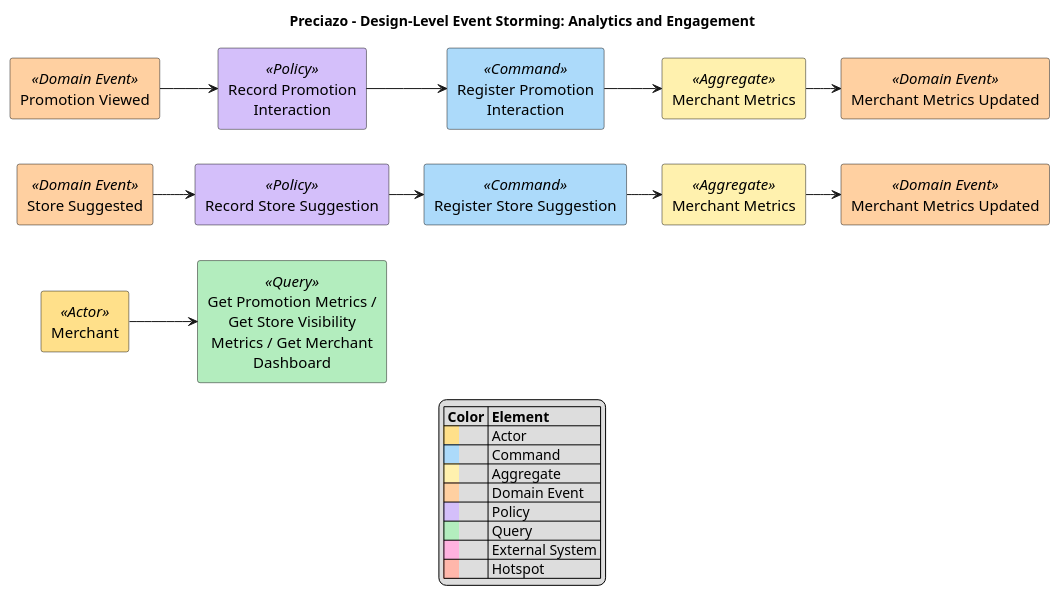
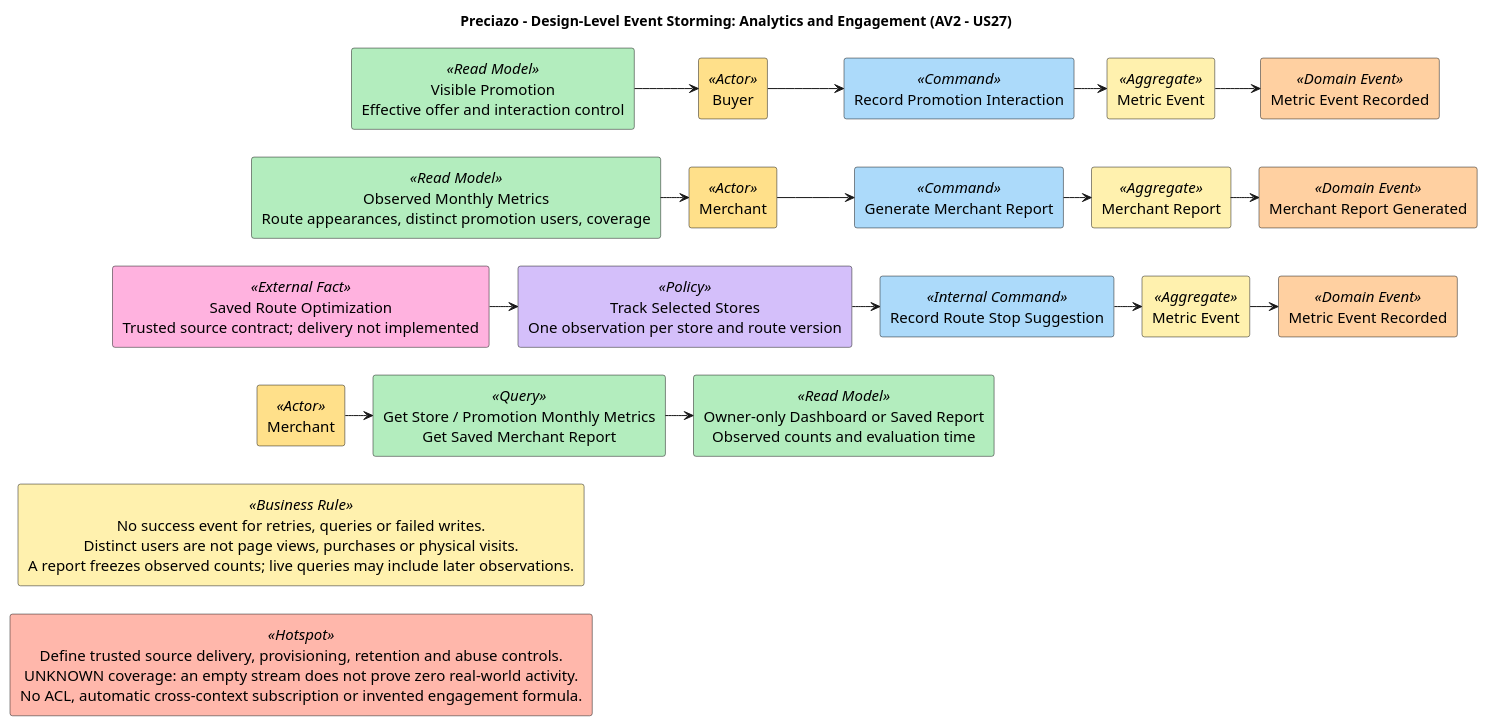
One commit to Open-Source-1ASI0729-2620-7750/preciazo-report changed the diagram in docs/architecture/event-storming/analytics-engagement.puml. Above: the diagram before and after it, drawn with PlantUML. The commit also changed 11 other files, not shown here.

Commit message:
docs(analytics): align US27 metrics and backend contracts

```diff
--- a/docs/architecture/event-storming/analytics-engagement.puml
+++ b/docs/architecture/event-storming/analytics-engagement.puml
@@ -1,49 +1,57 @@
 @startuml Preciazo_Event_Storming_analytics_engagement
-left to right direction
-title Preciazo - Design-Level Event Storming: Analytics and Engagement
+top to bottom direction
+title Preciazo - Design-Level Event Storming: Analytics and Engagement (AV2 - US27)
 skinparam shadowing false
 skinparam defaultFontSize 15
 skinparam defaultTextAlignment center
-skinparam nodesep 35
-skinparam ranksep 35
+skinparam nodesep 28
+skinparam ranksep 28
 skinparam rectanglePadding 12
-
-rectangle "Promotion Viewed" as n0_0 <<Domain Event>> #FFD0A1
-rectangle "Record Promotion\nInteraction" as n0_1 <<Policy>> #D4BFFA
-rectangle "Register Promotion\nInteraction" as n0_2 <<Command>> #ACDAFA
-rectangle "Merchant Metrics" as n0_3 <<Aggregate>> #FFF1AE
-rectangle "Merchant Metrics Updated" as n0_4 <<Domain Event>> #FFD0A1
-n0_0 --> n0_1
-n0_1 --> n0_2
-n0_2 --> n0_3
-n0_3 --> n0_4
-
-rectangle "Store Suggested" as n1_0 <<Domain Event>> #FFD0A1
-rectangle "Record Store Suggestion" as n1_1 <<Policy>> #D4BFFA
-rectangle "Register Store Suggestion" as n1_2 <<Command>> #ACDAFA
-rectangle "Merchant Metrics" as n1_3 <<Aggregate>> #FFF1AE
-rectangle "Merchant Metrics Updated" as n1_4 <<Domain Event>> #FFD0A1
-n1_0 --> n1_1
-n1_1 --> n1_2
-n1_2 --> n1_3
-n1_3 --> n1_4
-
-rectangle "Merchant" as n2_0 <<Actor>> #FFE08A
-rectangle "Get Promotion Metrics /\nGet Store Visibility\nMetrics / Get Merchant\nDashboard" as n2_1 <<Query>> #B3EDBE
-n2_0 --> n2_1
-
-n0_0 -[hidden,norank]down-> n1_0
-n1_0 -[hidden,norank]down-> n2_0
-
-legend bottom
-|= Color |= Element |
-|<back:#FFE08A>    </back>| Actor |
-|<back:#ACDAFA>    </back>| Command |
-|<back:#FFF1AE>    </back>| Aggregate |
-|<back:#FFD0A1>    </back>| Domain Event |
-|<back:#D4BFFA>    </back>| Policy |
-|<back:#B3EDBE>    </back>| Query |
-|<back:#FFB2DF>    </back>| External System |
-|<back:#FFB7AB>    </back>| Hotspot |
-endlegend
+rectangle "Visible Promotion\nEffective offer and interaction control" as read0 <<Read Model>> #B3EDBE
+rectangle "Buyer" as buyer <<Actor>> #FFE08A
+rectangle "Record Promotion Interaction" as cmd0 <<Command>> #ACDAFA
+rectangle "Metric Event" as agg0 <<Aggregate>> #FFF1AE
+rectangle "Metric Event Recorded" as evt0 <<Domain Event>> #FFD0A1
+read0 -right-> buyer
+buyer -right-> cmd0
+cmd0 -right-> agg0
+agg0 -right-> evt0
+rectangle "Observed Monthly Metrics\nRoute appearances, distinct promotion users, coverage" as read1 <<Read Model>> #B3EDBE
+rectangle "Merchant" as merchant <<Actor>> #FFE08A
+rectangle "Generate Merchant Report" as cmd1 <<Command>> #ACDAFA
+rectangle "Merchant Report" as agg1 <<Aggregate>> #FFF1AE
+rectangle "Merchant Report Generated" as evt1 <<Domain Event>> #FFD0A1
+read1 -right-> merchant
+merchant -right-> cmd1
+cmd1 -right-> agg1
+agg1 -right-> evt1
+read0 -[hidden]down-> read1
+buyer -[hidden]down-> merchant
+cmd0 -[hidden]down-> cmd1
+agg0 -[hidden]down-> agg1
+evt0 -[hidden]down-> evt1
+rectangle "Saved Route Optimization\nTrusted source contract; delivery not implemented" as fact <<External Fact>> #FFB2DF
+rectangle "Track Selected Stores\nOne observation per store and route version" as policy <<Policy>> #D4BFFA
+rectangle "Record Route Stop Suggestion" as cmd2 <<Internal Command>> #ACDAFA
+rectangle "Metric Event" as agg2 <<Aggregate>> #FFF1AE
+rectangle "Metric Event Recorded" as evt2 <<Domain Event>> #FFD0A1
+fact -right-> policy
+policy -right-> cmd2
+cmd2 -right-> agg2
+agg2 -right-> evt2
+read1 -[hidden]down-> fact
+merchant -[hidden]down-> policy
+cmd1 -[hidden]down-> cmd2
+agg1 -[hidden]down-> agg2
+evt1 -[hidden]down-> evt2
+rectangle "Merchant" as reader <<Actor>> #FFE08A
+rectangle "Get Store / Promotion Monthly Metrics\nGet Saved Merchant Report" as query <<Query>> #B3EDBE
+rectangle "Owner-only Dashboard or Saved Report\nObserved counts and evaluation time" as view <<Read Model>> #B3EDBE
+reader -right-> query
+query -right-> view
+fact -[hidden]down-> reader
+rectangle "No success event for retries, queries or failed writes.\nDistinct users are not page views, purchases or physical visits.\nA report freezes observed counts; live queries may include later observations." as rule <<Business Rule>> #FFF1AE
+rectangle "Define trusted source delivery, provisioning, retention and abuse controls.\nUNKNOWN coverage: an empty stream does not prove zero real-world activity.\nNo ACL, automatic cross-context subscription or invented engagement formula." as hotspot <<Hotspot>> #FFB7AB
+reader -[hidden]down-> rule
+rule -[hidden]down-> hotspot
 @enduml
```
